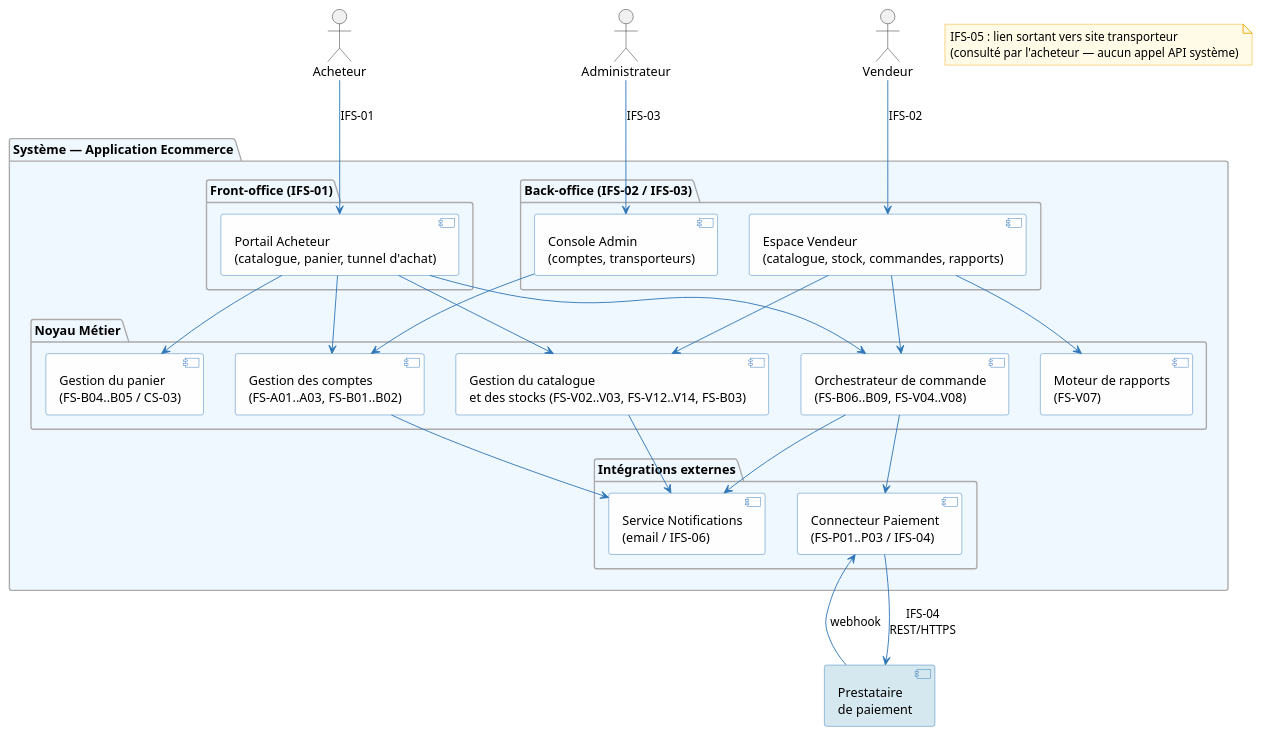
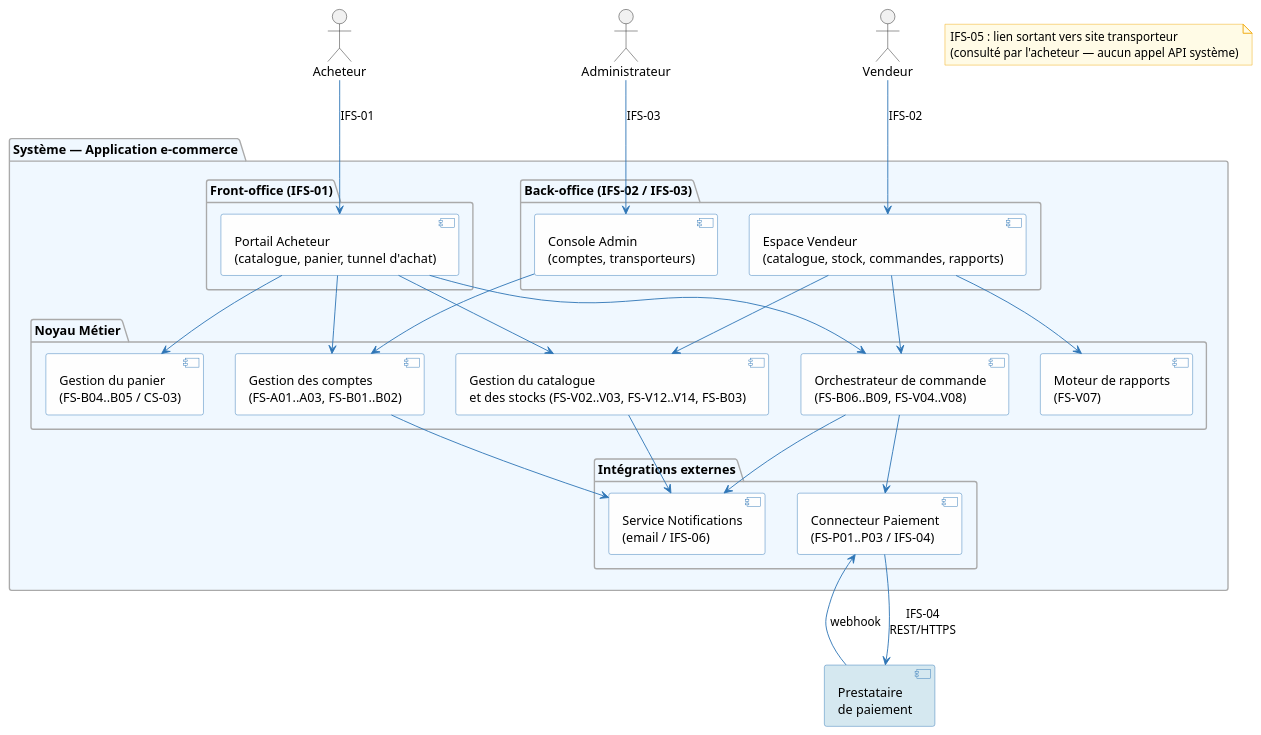
One commit to louistalvande/online_shop changed the fifth of 5 diagrams in architecture/02-system-analysis/sa.adoc. Above: the diagram before and after it, drawn with PlantUML. The commit also changed other lines of this file and 12 other files, not shown here.

```diff
--- a/architecture/02-system-analysis/sa.adoc
+++ b/architecture/02-system-analysis/sa.adoc
@@ -1387,69 +1387,69 @@
 [plantuml, sa-components, svg]
 ----
 skinparam componentBackgroundColor #FEFEFE
 skinparam componentBorderColor #2E75B6
 skinparam arrowColor #2E75B6
 skinparam interfaceBackgroundColor #E8F4FD
 skinparam interfaceBorderColor #2E75B6
 skinparam noteBackgroundColor #FFFBE6
 skinparam noteBorderColor #F0A500
 skinparam packageBackgroundColor #F0F8FF
 skinparam packageBorderColor #AAAAAA
 
 actor "Acheteur" as Buyer
 actor "Vendeur" as Vendor
 actor "Administrateur" as Admin
 
-package "Système — Application Ecommerce" {
+package "Système — Application e-commerce" {
 
   package "Front-office (IFS-01)" {
     [Portail Acheteur\n(catalogue, panier, tunnel d'achat)] as FrontBuyer
   }
 
   package "Back-office (IFS-02 / IFS-03)" {
     [Espace Vendeur\n(catalogue, stock, commandes, rapports)] as BackVendor
     [Console Admin\n(comptes, transporteurs)] as BackAdmin
   }
 
   package "Noyau Métier" {
     [Gestion des comptes\n(FS-A01..A03, FS-B01..B02)] as AccountSvc
     [Gestion du catalogue\net des stocks (FS-V02..V03, FS-V12..V14, FS-B03)] as CatalogSvc
     [Gestion du panier\n(FS-B04..B05 / CS-03)] as CartSvc
     [Orchestrateur de commande\n(FS-B06..B09, FS-V04..V08)] as OrderSvc
     [Moteur de rapports\n(FS-V07)] as ReportSvc
   }
 
   package "Intégrations externes" {
     [Connecteur Paiement\n(FS-P01..P03 / IFS-04)] as PaySvc
     [Service Notifications\n(email / IFS-06)] as NotifSvc
   }
 
 }
 
 component "Prestataire\nde paiement" as ExtPayment #D5E8F0
 
 Buyer --> FrontBuyer : IFS-01
 Vendor --> BackVendor : IFS-02
 Admin --> BackAdmin : IFS-03
 
 FrontBuyer --> AccountSvc
 FrontBuyer --> CatalogSvc
 FrontBuyer --> CartSvc
 FrontBuyer --> OrderSvc
 
 BackVendor --> CatalogSvc
 BackVendor --> OrderSvc
 BackVendor --> ReportSvc
 
 BackAdmin --> AccountSvc
 
 OrderSvc --> PaySvc
 OrderSvc --> NotifSvc
 AccountSvc --> NotifSvc
 CatalogSvc --> NotifSvc
 
 PaySvc --> ExtPayment : IFS-04\nREST/HTTPS
 ExtPayment --> PaySvc : webhook
 
 note "IFS-05 : lien sortant vers site transporteur\n(consulté par l'acheteur — aucun appel API système)" as N1
 ----
```
